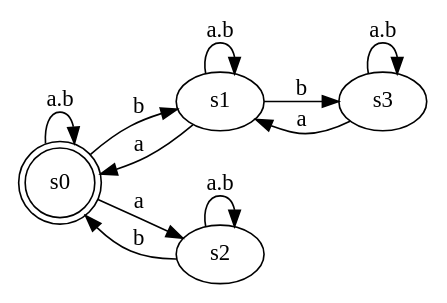
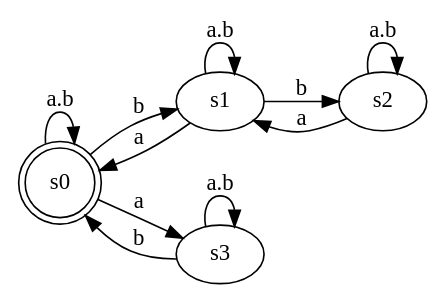
The diagram in Examples/CCSL_Primitives/sts/BoundedCausality.dot (frederic-mallet/ccsl-sts), drawn with Graphviz before and after one commit. The commit also changed 12 other files, not shown here.

```diff
--- a/Examples/CCSL_Primitives/sts/BoundedCausality.dot
+++ b/Examples/CCSL_Primitives/sts/BoundedCausality.dot
@@ -1,34 +1,34 @@
 digraph BoundedCausality { 
   rankdir="LR"
   s0 [ shape="doublecircle" ]
-  s0->s1 [
-    label= "b"
-  ] ;
-  s0->s2 [
+  s2->s1 [
     label= "a"
   ] ;
-  s0->s0 [
-    label= "a.b"
-  ] ;
-  s1->s3 [
-    label= "b"
-  ] ;
-  s1->s0 [
-    label= "a"
-  ] ;
-  s1->s1 [
-    label= "a.b"
-  ] ;
-  s2->s0 [
+  s1->s2 [
     label= "b"
   ] ;
   s2->s2 [
     label= "a.b"
   ] ;
-  s3->s1 [
+  s1->s0 [
     label= "a"
+  ] ;
+  s0->s1 [
+    label= "b"
+  ] ;
+  s1->s1 [
+    label= "a.b"
+  ] ;
+  s0->s3 [
+    label= "a"
+  ] ;
+  s3->s0 [
+    label= "b"
+  ] ;
+  s0->s0 [
+    label= "a.b"
   ] ;
   s3->s3 [
     label= "a.b"
   ] ;
 }
```
